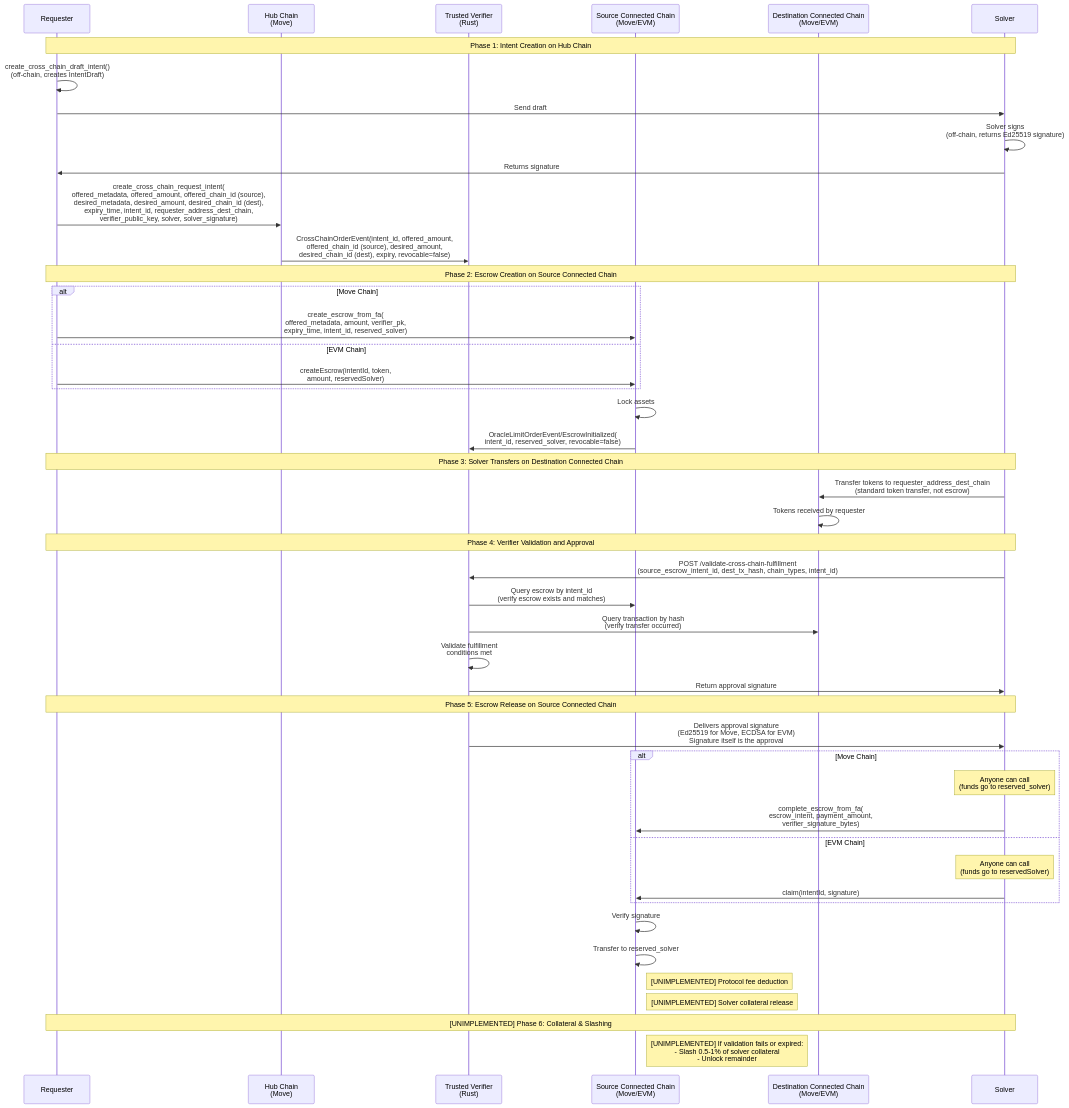
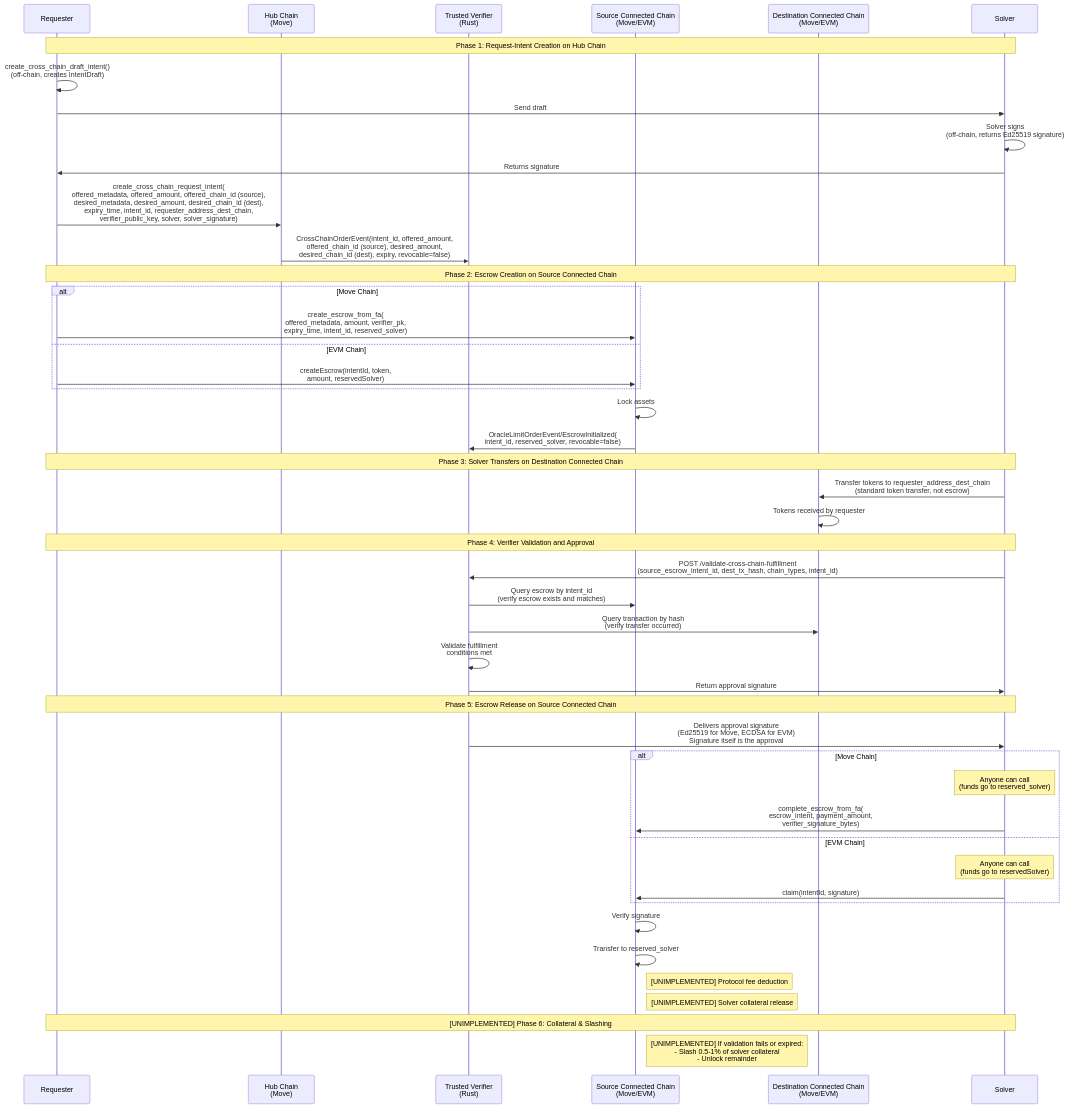
The diagram in .taskmaster/docs/conception/architecture-diff.md (movementlabsxyz/intent-framework), drawn with Mermaid before and after one commit. The commit also changed other lines of this file, not shown here.

Commit message:
update architecture-diff

````diff
--- a/.taskmaster/docs/conception/architecture-diff.md
+++ b/.taskmaster/docs/conception/architecture-diff.md
@@ -145,54 +89,54 @@
 ```mermaid
 sequenceDiagram
     participant Requester
     participant Hub as Hub Chain<br/>(Move)
     participant Verifier as Trusted Verifier<br/>(Rust)
     participant Source as Source Connected Chain<br/>(Move/EVM)
     participant Dest as Destination Connected Chain<br/>(Move/EVM)
     participant Solver
 
-    Note over Requester,Solver: Phase 1: Intent Creation on Hub Chain
+    Note over Requester,Solver: Phase 1: Request-Intent Creation on Hub Chain
     Requester->>Requester: create_cross_chain_draft_intent()<br/>(off-chain, creates IntentDraft)
     Requester->>Solver: Send draft
     Solver->>Solver: Solver signs<br/>(off-chain, returns Ed25519 signature)
     Solver->>Requester: Returns signature
     Requester->>Hub: create_cross_chain_request_intent(<br/>offered_metadata, offered_amount, offered_chain_id (source),<br/>desired_metadata, desired_amount, desired_chain_id (dest),<br/>expiry_time, intent_id, requester_address_dest_chain,<br/>verifier_public_key, solver, solver_signature)
     Hub->>Verifier: CrossChainOrderEvent(intent_id, offered_amount,<br/>offered_chain_id (source), desired_amount,<br/>desired_chain_id (dest), expiry, revocable=false)
 
     Note over Requester,Solver: Phase 2: Escrow Creation on Source Connected Chain
     alt Move Chain
         Requester->>Source: create_escrow_from_fa(<br/>offered_metadata, amount, verifier_pk,<br/>expiry_time, intent_id, reserved_solver)
     else EVM Chain
         Requester->>Source: createEscrow(intentId, token,<br/>amount, reservedSolver)
     end
     Source->>Source: Lock assets
     Source->>Verifier: OracleLimitOrderEvent/EscrowInitialized(<br/>intent_id, reserved_solver, revocable=false)
 
     Note over Requester,Solver: Phase 3: Solver Transfers on Destination Connected Chain
     Solver->>Dest: Transfer tokens to requester_address_dest_chain<br/>(standard token transfer, not escrow)
     Dest->>Dest: Tokens received by requester
 
     Note over Requester,Solver: Phase 4: Verifier Validation and Approval
     Solver->>Verifier: POST /validate-cross-chain-fulfillment<br/>(source_escrow_intent_id, dest_tx_hash, chain_types, intent_id)
     Verifier->>Source: Query escrow by intent_id<br/>(verify escrow exists and matches)
     Verifier->>Dest: Query transaction by hash<br/>(verify transfer occurred)
     Verifier->>Verifier: Validate fulfillment<br/>conditions met
     Verifier->>Solver: Return approval signature
 
     Note over Requester,Solver: Phase 5: Escrow Release on Source Connected Chain
     Verifier->>Solver: Delivers approval signature<br/>(Ed25519 for Move, ECDSA for EVM)<br/>Signature itself is the approval
     alt Move Chain
         Note over Solver: Anyone can call<br/>(funds go to reserved_solver)
         Solver->>Source: complete_escrow_from_fa(<br/>escrow_intent, payment_amount,<br/>verifier_signature_bytes)
     else EVM Chain
         Note over Solver: Anyone can call<br/>(funds go to reservedSolver)
         Solver->>Source: claim(intentId, signature)
     end
     Source->>Source: Verify signature
     Source->>Source: Transfer to reserved_solver
     Note right of Source: [UNIMPLEMENTED] Protocol fee deduction
     Note right of Source: [UNIMPLEMENTED] Solver collateral release
 
     Note over Requester,Solver: [UNIMPLEMENTED] Phase 6: Collateral & Slashing
     Note right of Source: [UNIMPLEMENTED] If validation fails or expired:<br/>- Slash 0.5-1% of solver collateral<br/>- Unlock remainder
 ```
````
